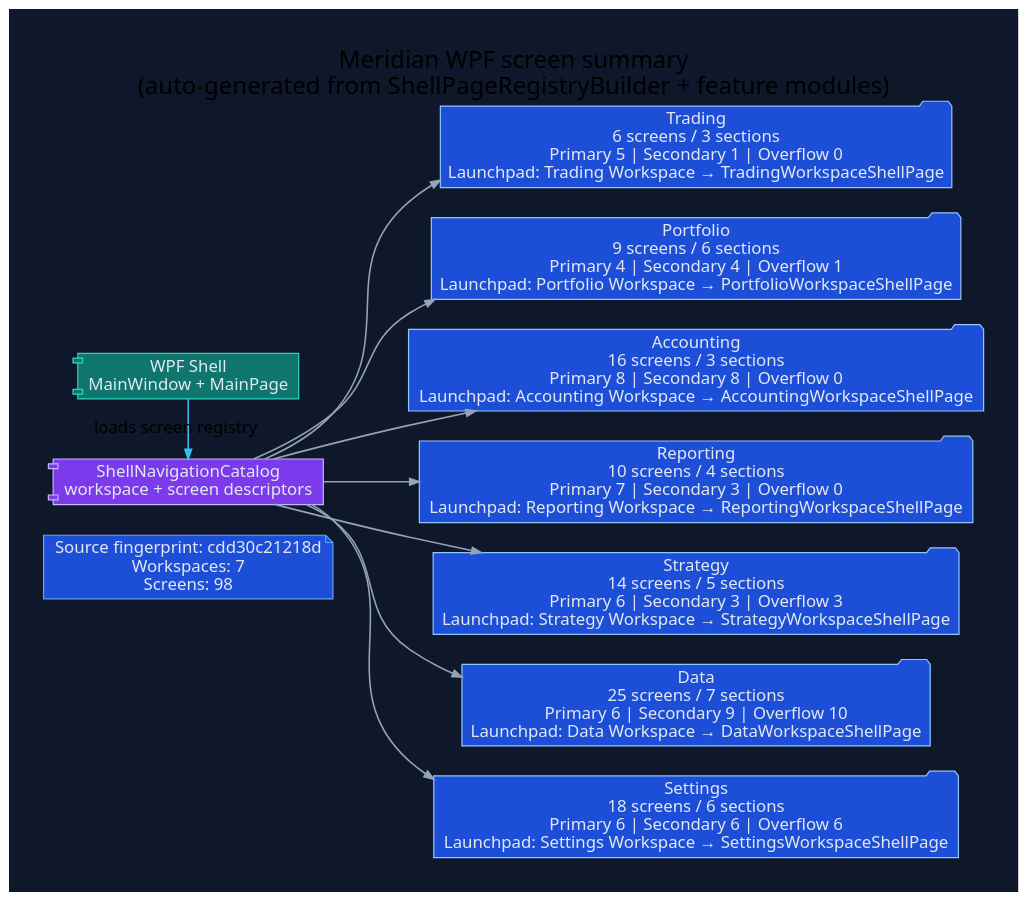
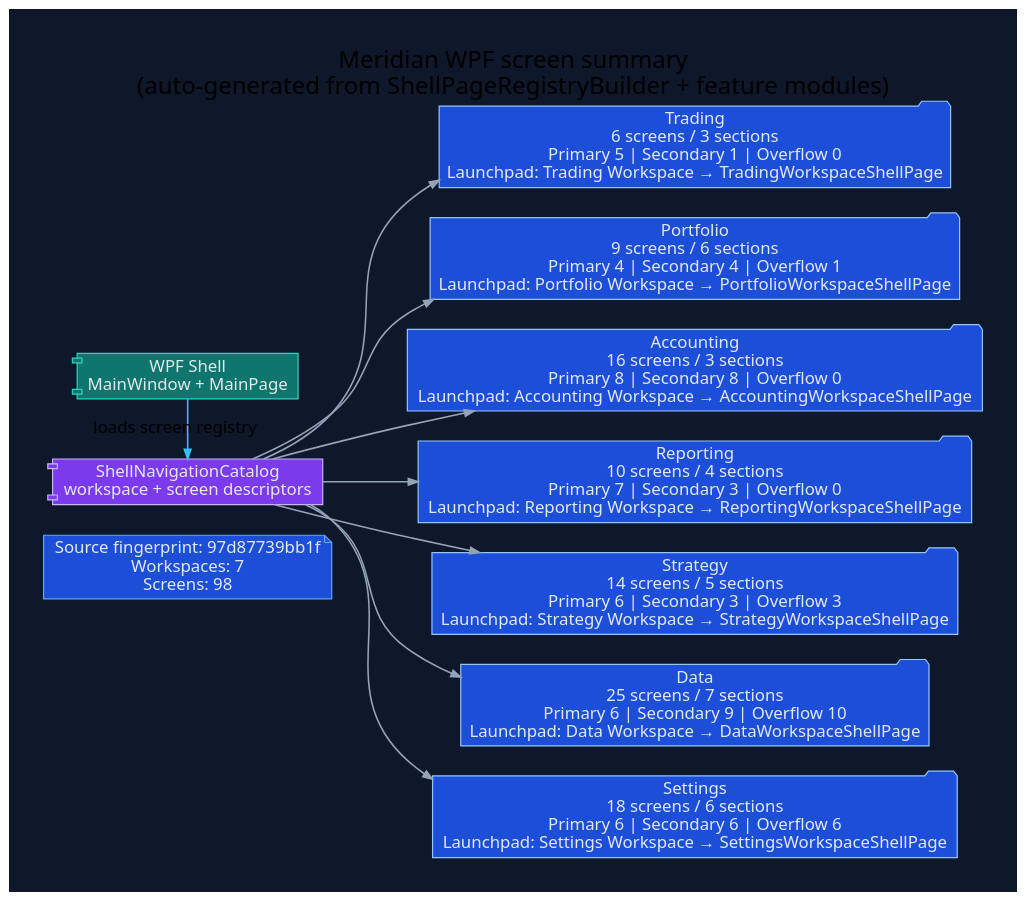
One commit to rodoHasArrived/Meridian-main changed the diagram in docs/diagrams/ui/ui-wpf-screen-summary.dot. Above: the diagram before and after it, drawn with Graphviz. The commit also changed 43 other files, not shown here.

First line of the commit message:
docs(diagrams): regenerate the WPF screen diagrams for the changed source fingerprint

```diff
--- a/docs/diagrams/ui/ui-wpf-screen-summary.dot
+++ b/docs/diagrams/ui/ui-wpf-screen-summary.dot
@@ -1,42 +1,42 @@
 // -----------------------------------------------------------------------------
 // <auto-generated>
 // Generated by scripts/generate-diagrams.mjs.
 // Do not edit this file directly; update the WPF source files instead.
 // -----------------------------------------------------------------------------
 digraph WpfScreenSummary {
   graph [
     rankdir=LR,
     labelloc=t,
     label="Meridian WPF screen summary\n(auto-generated from ShellPageRegistryBuilder + feature modules)",
     fontname="Segoe UI",
     fontsize=20,
     pad=0.4,
     nodesep=0.35,
     ranksep=0.85,
     bgcolor="#0f172a"
   ];
   node [fontname="Segoe UI", shape=box, style="rounded,filled", color="#475569", fontcolor="#e2e8f0", fillcolor="#1e293b"];
   edge [fontname="Segoe UI", color="#94a3b8", penwidth=1.3, arrowsize=0.8];
 
-  generated [shape=note, fillcolor="#1d4ed8", color="#60a5fa", label="Source fingerprint: cdd30c21218d\nWorkspaces: 7\nScreens: 98"];
+  generated [shape=note, fillcolor="#1d4ed8", color="#60a5fa", label="Source fingerprint: 97d87739bb1f\nWorkspaces: 7\nScreens: 98"];
   shell [shape=component, fillcolor="#0f766e", color="#2dd4bf", label="WPF Shell\nMainWindow + MainPage"];
   catalog [shape=component, fillcolor="#7c3aed", color="#c4b5fd", label="ShellNavigationCatalog\nworkspace + screen descriptors"];
   shell -> catalog [label="loads screen registry", color="#38bdf8"];
 
   workspace_1 [shape=folder, fillcolor="#1d4ed8", color="#93c5fd", label="Trading\n6 screens / 3 sections\nPrimary 5 | Secondary 1 | Overflow 0\nLaunchpad: Trading Workspace → TradingWorkspaceShellPage"];
   catalog -> workspace_1;
   workspace_2 [shape=folder, fillcolor="#1d4ed8", color="#93c5fd", label="Portfolio\n9 screens / 6 sections\nPrimary 4 | Secondary 4 | Overflow 1\nLaunchpad: Portfolio Workspace → PortfolioWorkspaceShellPage"];
   catalog -> workspace_2;
   workspace_3 [shape=folder, fillcolor="#1d4ed8", color="#93c5fd", label="Accounting\n16 screens / 3 sections\nPrimary 8 | Secondary 8 | Overflow 0\nLaunchpad: Accounting Workspace → AccountingWorkspaceShellPage"];
   catalog -> workspace_3;
   workspace_4 [shape=folder, fillcolor="#1d4ed8", color="#93c5fd", label="Reporting\n10 screens / 4 sections\nPrimary 7 | Secondary 3 | Overflow 0\nLaunchpad: Reporting Workspace → ReportingWorkspaceShellPage"];
   catalog -> workspace_4;
   workspace_5 [shape=folder, fillcolor="#1d4ed8", color="#93c5fd", label="Strategy\n14 screens / 5 sections\nPrimary 6 | Secondary 3 | Overflow 3\nLaunchpad: Strategy Workspace → StrategyWorkspaceShellPage"];
   catalog -> workspace_5;
   workspace_6 [shape=folder, fillcolor="#1d4ed8", color="#93c5fd", label="Data\n25 screens / 7 sections\nPrimary 6 | Secondary 9 | Overflow 10\nLaunchpad: Data Workspace → DataWorkspaceShellPage"];
   catalog -> workspace_6;
   workspace_7 [shape=folder, fillcolor="#1d4ed8", color="#93c5fd", label="Settings\n18 screens / 6 sections\nPrimary 6 | Secondary 6 | Overflow 6\nLaunchpad: Settings Workspace → SettingsWorkspaceShellPage"];
   catalog -> workspace_7;
 
   { rank=min; generated; shell; catalog; }
 }
```
